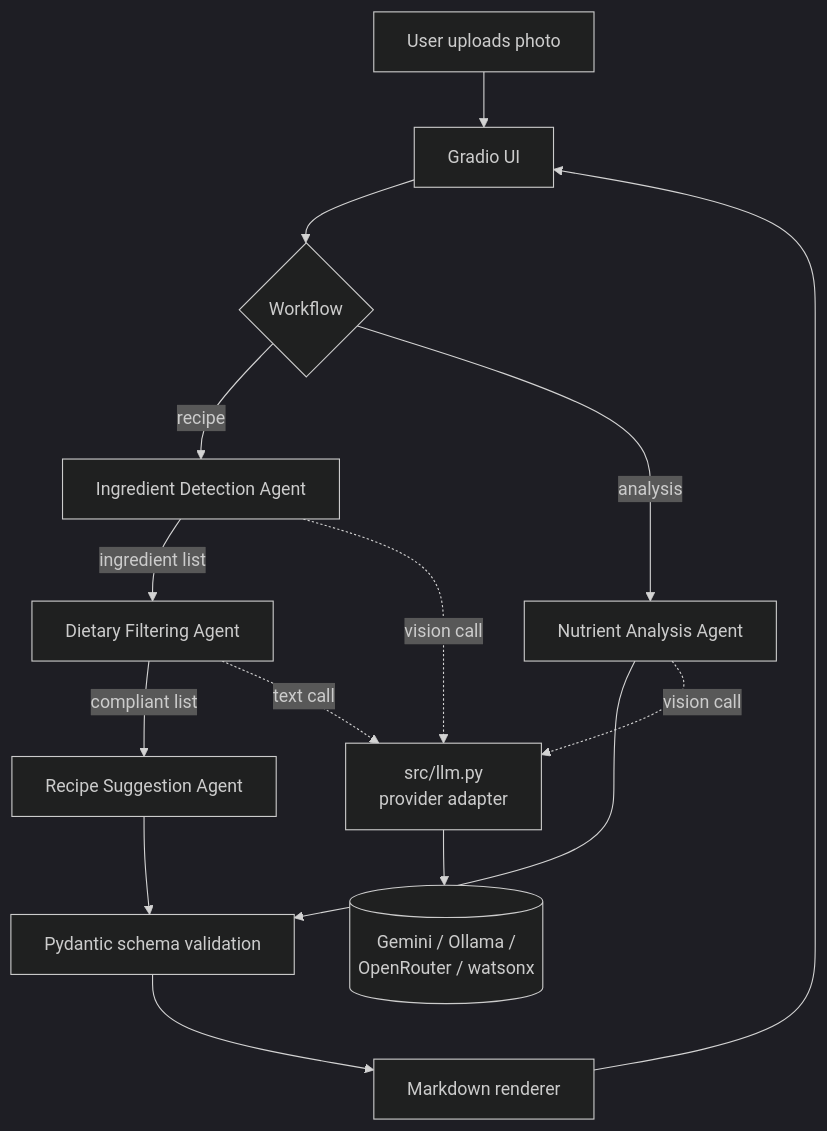
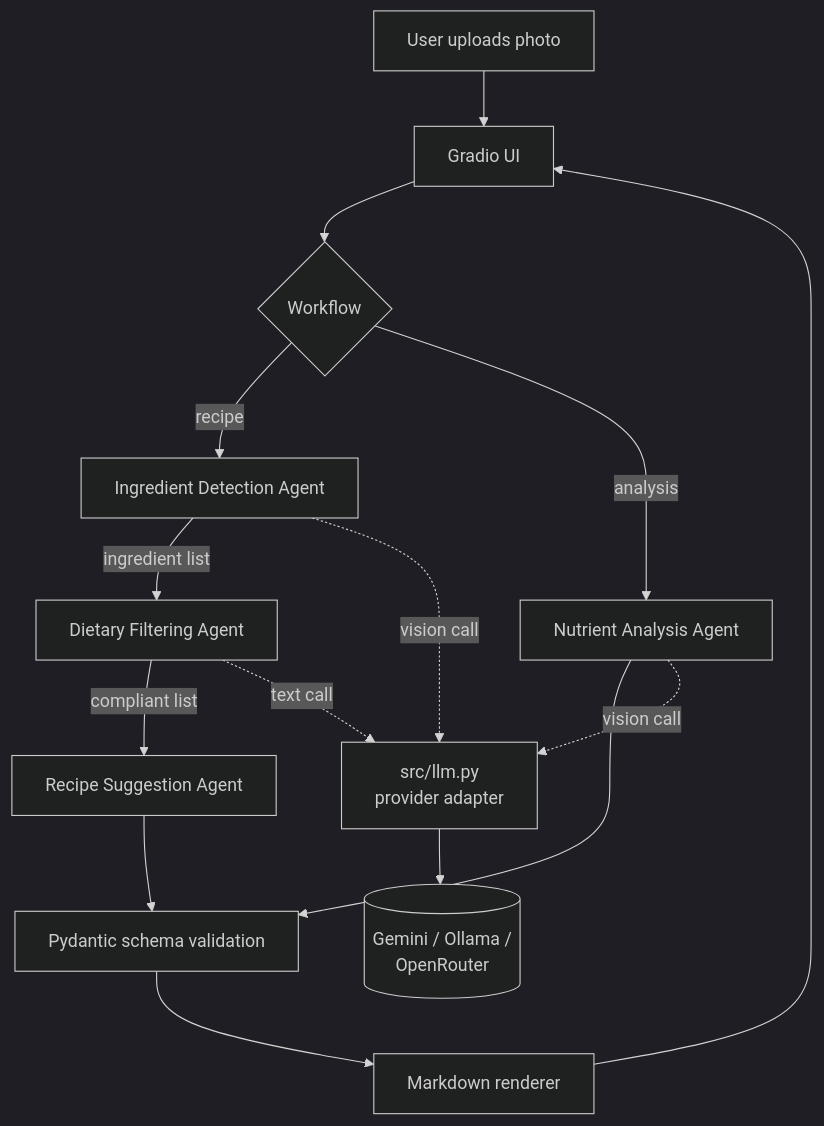
One commit to bmache/nutrition-bot changed the diagram in README.md. Above: the diagram before and after it, drawn with Mermaid (dark theme). The commit also changed other lines of this file and 4 other files, not shown here.

Commit message:
Refactoring to keep gemini/ollama/openrouter providers

````diff
--- a/README.md
+++ b/README.md
@@ -40,20 +39,20 @@
 ```mermaid
 flowchart TD
     U[User uploads photo] --> G[Gradio UI]
     G --> W{Workflow}
 
     W -->|recipe| A1[Ingredient Detection Agent]
     A1 -->|ingredient list| A2[Dietary Filtering Agent]
     A2 -->|compliant list| A3[Recipe Suggestion Agent]
     A3 --> P[Pydantic schema validation]
 
     W -->|analysis| A4[Nutrient Analysis Agent]
     A4 --> P
 
     A1 -.vision call.-> L[src/llm.py<br/>provider adapter]
     A2 -.text call.-> L
     A4 -.vision call.-> L
-    L --> V[(Gemini / Ollama /<br/>OpenRouter / watsonx)]
+    L --> V[(Gemini / Ollama /<br/>OpenRouter)]
 
     P --> M[Markdown renderer] --> G
 ```
````
